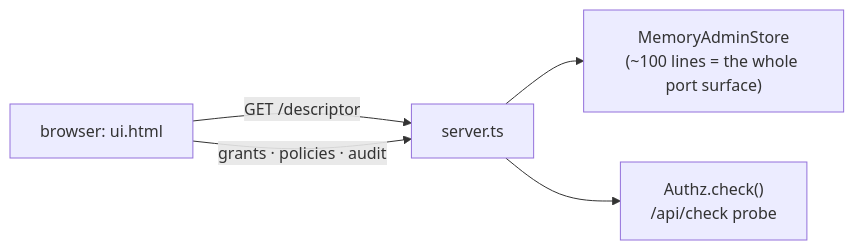
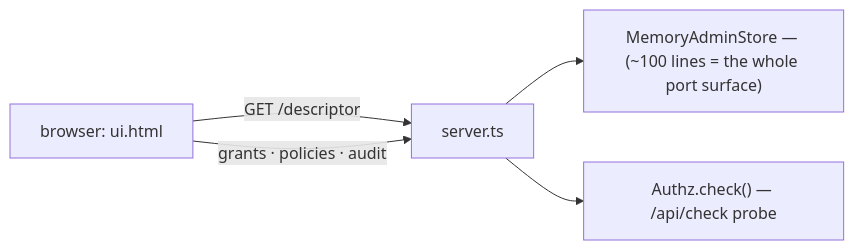
One commit to developerinlondon/agentauthz changed the diagram in docs/content/docs/cookbook.md. Above: the diagram before and after it, drawn with Mermaid. The commit also changed 6 other files, not shown here.

First line of the commit message:
docs: your own DATABASE, and mermaid that actually renders (#25)

````diff
--- a/docs/content/docs/cookbook.md
+++ b/docs/content/docs/cookbook.md
@@ -19,7 +19,7 @@
 ```mermaid
 flowchart LR
     B[browser: ui.html] -->|GET /descriptor| S[server.ts]
     B -->|"grants · policies · audit"| S
-    S --> M["MemoryAdminStore<br/>(~100 lines = the whole port surface)"]
-    S --> A["Authz.check()<br/>/api/check probe"]
+    S --> M["MemoryAdminStore — (~100 lines = the whole port surface)"]
+    S --> A["Authz.check() — /api/check probe"]
 ```
````
